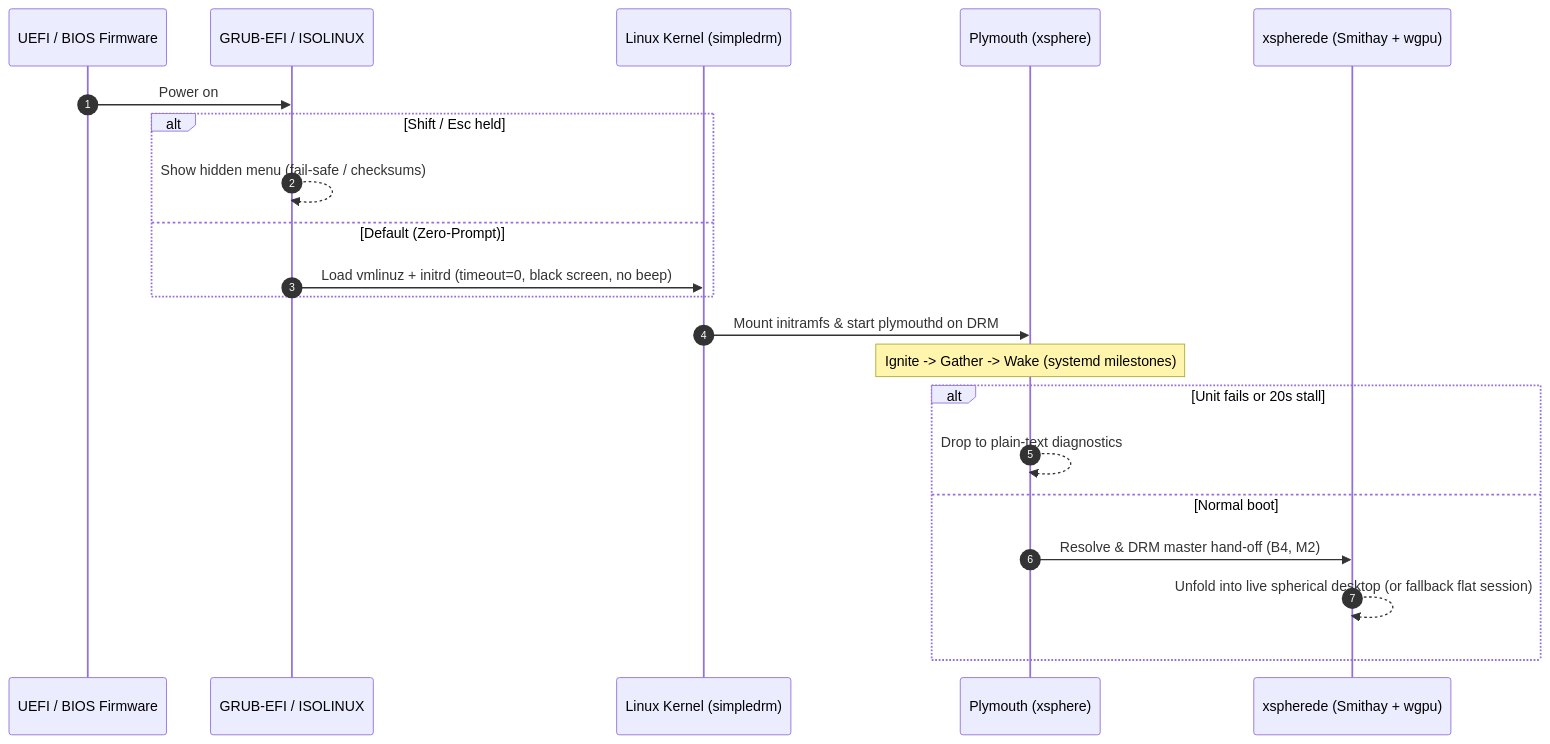
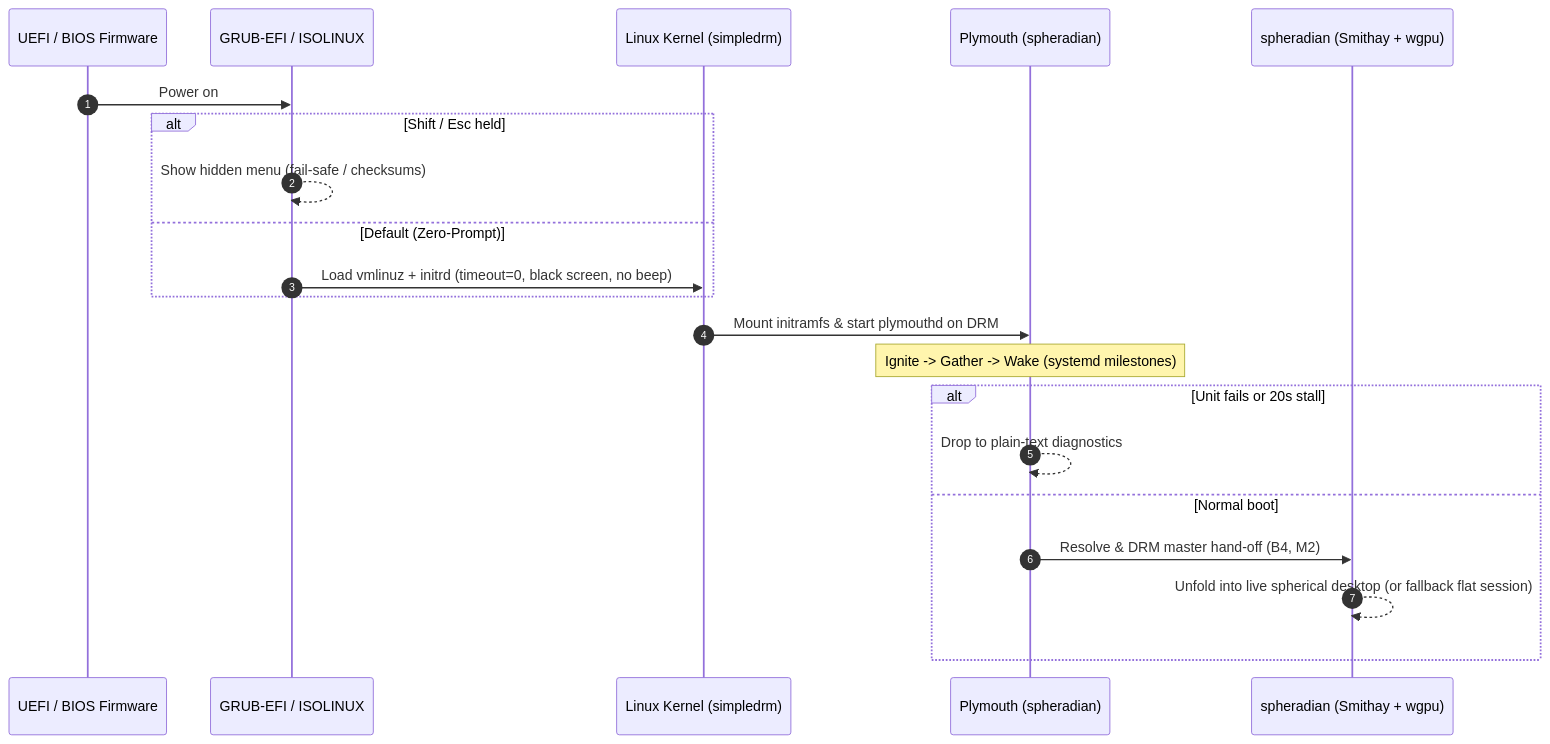
Before and after one commit to spheradian/spheradianos: the second of 3 diagrams in docs/ARCHITECTURE.md, drawn with Mermaid. The commit also changed other lines of this file and 111 other files, not shown here.

First line of the commit message:
chore: rename project from XSphere to Spheradian (#30)

````diff
--- a/docs/ARCHITECTURE.md
+++ b/docs/ARCHITECTURE.md
@@ -66,24 +66,24 @@
 ```mermaid
 sequenceDiagram
     autonumber
     participant FW as UEFI / BIOS Firmware
     participant BL as GRUB-EFI / ISOLINUX
     participant K as Linux Kernel (simpledrm)
-    participant P as Plymouth (xsphere)
-    participant C as xspherede (Smithay + wgpu)
+    participant P as Plymouth (spheradian)
+    participant C as spheradian (Smithay + wgpu)
 
     FW->>BL: Power on
     alt Shift / Esc held
         BL-->>BL: Show hidden menu (fail-safe / checksums)
     else Default (Zero-Prompt)
         BL->>K: Load vmlinuz + initrd (timeout=0, black screen, no beep)
     end
     K->>P: Mount initramfs & start plymouthd on DRM
     Note over P: Ignite -> Gather -> Wake (systemd milestones)
     alt Unit fails or 20s stall
         P-->>P: Drop to plain-text diagnostics
     else Normal boot
         P->>C: Resolve & DRM master hand-off (B4, M2)
         C-->>C: Unfold into live spherical desktop (or fallback flat session)
     end
 ```
````
